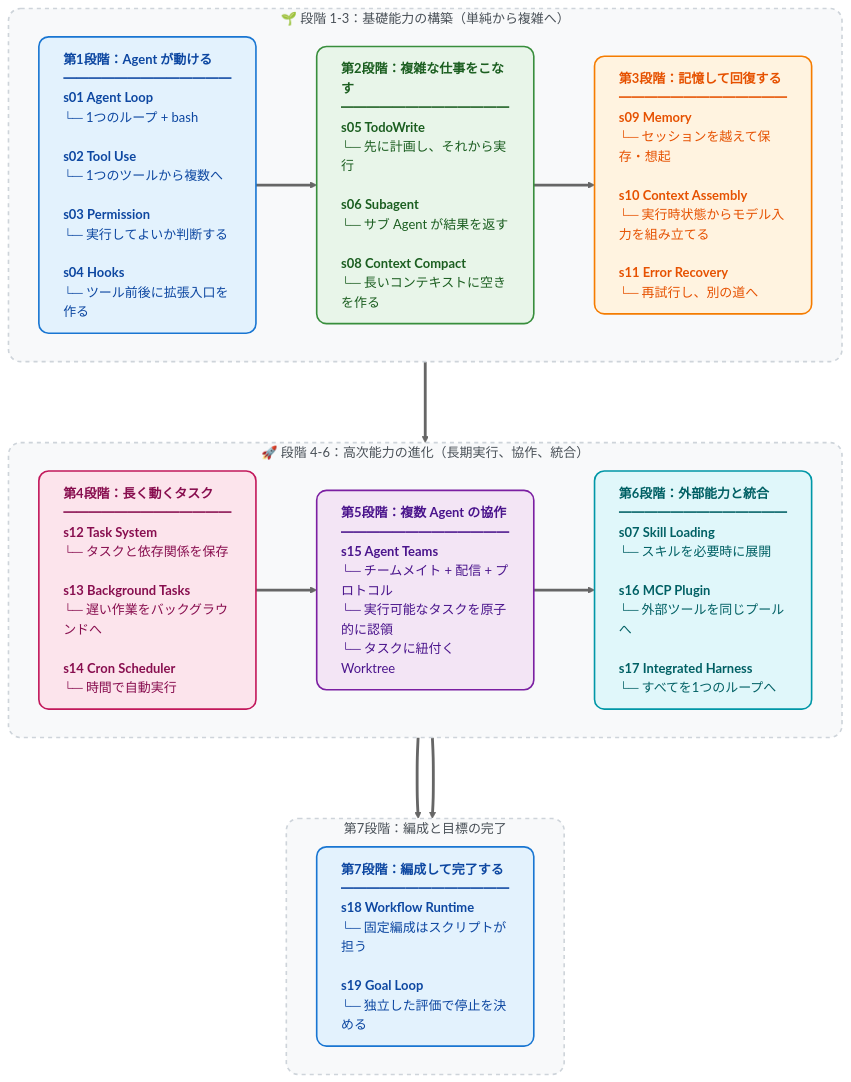
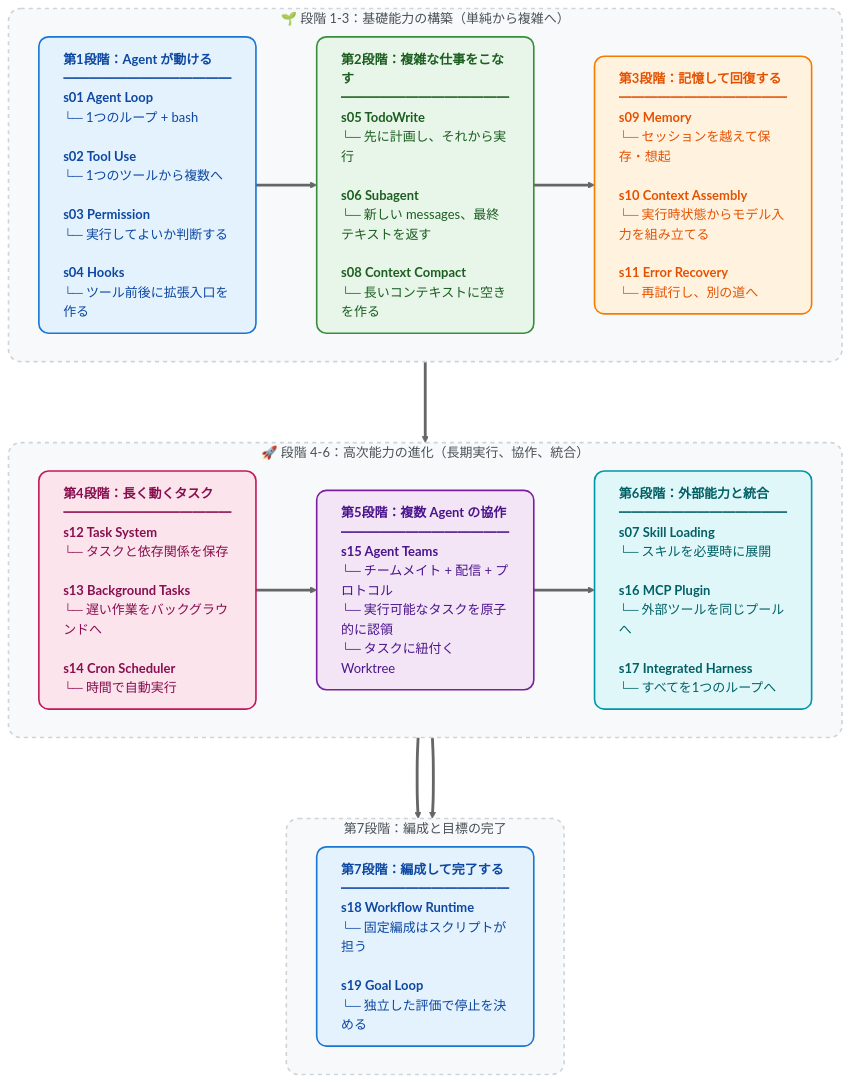
The diagram in README-ja.md (snake-fan/learn-claude-code), drawn with Mermaid (neutral theme) before and after one commit. The commit also changed other lines of this file and 82 other files, not shown here.

````diff
--- a/README-ja.md
+++ b/README-ja.md
@@ -302,49 +302,49 @@
 ```mermaid
 flowchart TD
     %% カードスタイル
     classDef stage1 fill:#E3F2FD,stroke:#1976D2,stroke-width:2px,color:#0D47A1,rx:12,ry:12,text-align:left
     classDef stage2 fill:#E8F5E9,stroke:#388E3C,stroke-width:2px,color:#1B5E20,rx:12,ry:12,text-align:left
     classDef stage3 fill:#FFF3E0,stroke:#F57C00,stroke-width:2px,color:#E65100,rx:12,ry:12,text-align:left
     classDef stage4 fill:#FCE4EC,stroke:#C2185b,stroke-width:2px,color:#880E4F,rx:12,ry:12,text-align:left
     classDef stage5 fill:#F3E5F5,stroke:#7B1FA2,stroke-width:2px,color:#4A148C,rx:12,ry:12,text-align:left
     classDef stage6 fill:#E0F7FA,stroke:#0097A7,stroke-width:2px,color:#006064,rx:12,ry:12,text-align:left
 
     %% 背景スタイル
     classDef groupBox fill:#F8F9FA,stroke:#CED4DA,stroke-width:2px,stroke-dasharray: 5 5,rx:15,ry:15,color:#495057
 
     %% 第1層：1-3段階
     subgraph Phase1 ["🌱 段階 1-3：基礎能力の構築（単純から複雑へ）"]
         direction LR
         S1["<b>第1段階：Agent が動ける</b><br/>━━━━━━━━━━━━━<br/><b>s01 Agent Loop</b><br/>└─ 1つのループ + bash<br/><br/><b>s02 Tool Use</b><br/>└─ 1つのツールから複数へ<br/><br/><b>s03 Permission</b><br/>└─ 実行してよいか判断する<br/><br/><b>s04 Hooks</b><br/>└─ ツール前後に拡張入口を作る"]:::stage1
 
-        S2["<b>第2段階：複雑な仕事をこなす</b><br/>━━━━━━━━━━━━━<br/><b>s05 TodoWrite</b><br/>└─ 先に計画し、それから実行<br/><br/><b>s06 Subagent</b><br/>└─ サブ Agent が結果を返す<br/><br/><b>s08 Context Compact</b><br/>└─ 長いコンテキストに空きを作る"]:::stage2
+        S2["<b>第2段階：複雑な仕事をこなす</b><br/>━━━━━━━━━━━━━<br/><b>s05 TodoWrite</b><br/>└─ 先に計画し、それから実行<br/><br/><b>s06 Subagent</b><br/>└─ 新しい messages、最終テキストを返す<br/><br/><b>s08 Context Compact</b><br/>└─ 長いコンテキストに空きを作る"]:::stage2
 
         S3["<b>第3段階：記憶して回復する</b><br/>━━━━━━━━━━━━━<br/><b>s09 Memory</b><br/>└─ セッションを越えて保存・想起<br/><br/><b>s10 Context Assembly</b><br/>└─ 実行時状態からモデル入力を組み立てる<br/><br/><b>s11 Error Recovery</b><br/>└─ 再試行し、別の道へ"]:::stage3
 
         S1 ==> S2 ==> S3
     end
 
     %% 第2層：4-6段階
     subgraph Phase2 ["🚀 段階 4-6：高次能力の進化（長期実行、協作、統合）"]
         direction LR
         S4["<b>第4段階：長く動くタスク</b><br/>━━━━━━━━━━━━━<br/><b>s12 Task System</b><br/>└─ タスクと依存関係を保存<br/><br/><b>s13 Background Tasks</b><br/>└─ 遅い作業をバックグラウンドへ<br/><br/><b>s14 Cron Scheduler</b><br/>└─ 時間で自動実行"]:::stage4
 
         S5["<b>第5段階：複数 Agent の協作</b><br/>━━━━━━━━━━━━━<br/><b>s15 Agent Teams</b><br/>└─ チームメイト + 配信 + プロトコル<br/>└─ 実行可能なタスクを原子的に認領<br/>└─ タスクに紐付く Worktree"]:::stage5
 
         S6["<b>第6段階：外部能力と統合</b><br/>━━━━━━━━━━━━━<br/><b>s07 Skill Loading</b><br/>└─ スキルを必要時に展開<br/><br/><b>s16 MCP Plugin</b><br/>└─ 外部ツールを同じプールへ<br/><br/><b>s17 Integrated Harness</b><br/>└─ すべてを1つのループへ"]:::stage6
 
         S4 ==> S5 ==> S6
     end
 
     %% 第3層：編成と目標の完了
     subgraph Phase3 ["第7段階：編成と目標の完了"]
         direction LR
         S7["<b>第7段階：編成して完了する</b><br/>━━━━━━━━━━━━━<br/><b>s18 Workflow Runtime</b><br/>└─ 固定編成はスクリプトが担う<br/><br/><b>s19 Goal Loop</b><br/>└─ 独立した評価で停止を決める"]:::stage1
         S6 ==> S7
     end
 
     %% 3つの層を接続
     Phase1 ===> Phase2 ===> Phase3
 
     class Phase1,Phase2,Phase3 groupBox
 ```
````
